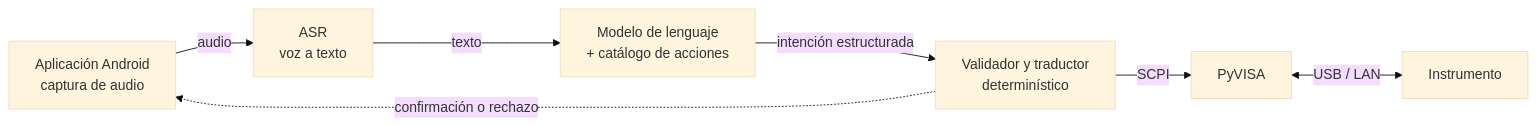
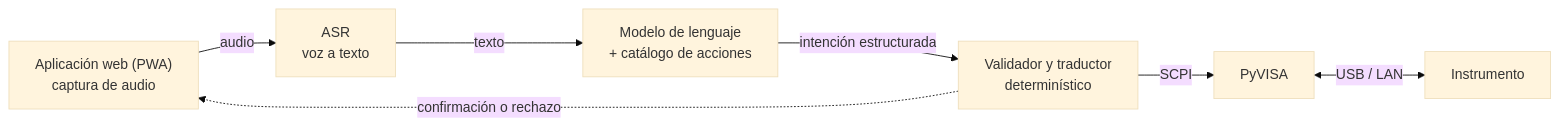
One commit to InDEA-UTN/instrumentacion-lenguaje-natural changed the diagram in README.md. Above: the diagram before and after it, drawn with Mermaid (base theme). The commit also changed other lines of this file and 3 other files, not shown here.

First line of the commit message:
Definir la app de captura como aplicación web (PWA)

````diff
--- a/README.md
+++ b/README.md
@@ -35,9 +35,9 @@
 ```mermaid
 flowchart LR
-    A["Aplicación Android<br/>captura de audio"] -->|audio| B["ASR<br/>voz a texto"]
+    A["Aplicación web (PWA)<br/>captura de audio"] -->|audio| B["ASR<br/>voz a texto"]
     B -->|texto| C["Modelo de lenguaje<br/>+ catálogo de acciones"]
     C -->|intención estructurada| D["Validador y traductor<br/>determinístico"]
     D -->|SCPI| E["PyVISA"]
     E <-->|USB / LAN| F["Instrumento"]
     D -.->|confirmación o rechazo| A
 ```
````
